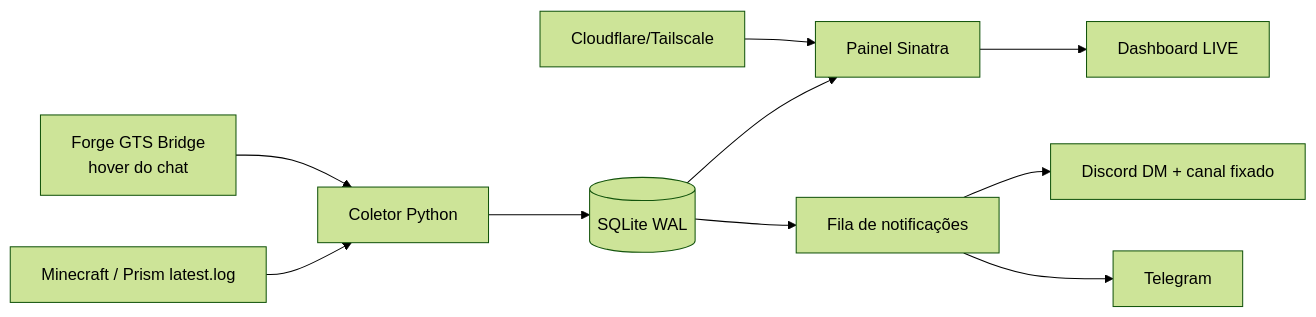
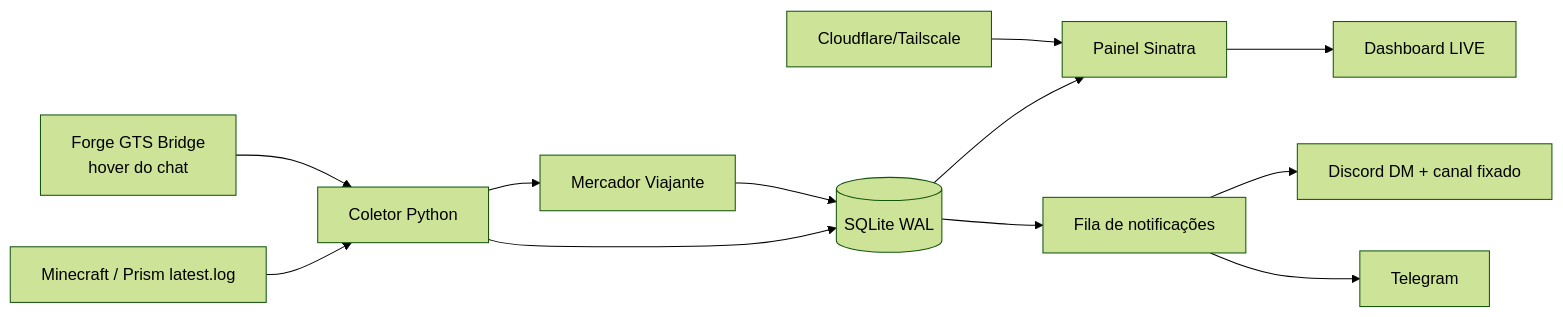
Before and after one commit to TopDarkFlames/pixelmon-gts-signal: the diagram in README.md, drawn with Mermaid (forest theme). The commit also changed other lines of this file and 35 other files, not shown here.

````diff
--- a/README.md
+++ b/README.md
@@ -52,12 +53,14 @@
 ```mermaid
 flowchart LR
   MC[Minecraft / Prism latest.log] --> Parser[Coletor Python]
   Bridge[Forge GTS Bridge<br>hover do chat] --> Parser
   Parser --> DB[(SQLite WAL)]
   DB --> Panel[Painel Sinatra]
   DB --> Queue[Fila de notificações]
+  Parser --> Merchant[Mercador Viajante]
+  Merchant --> DB
   Queue --> Discord[Discord DM + canal fixado]
   Queue --> Telegram[Telegram]
   Panel --> Browser[Dashboard LIVE]
   Tunnel[Cloudflare/Tailscale] --> Panel
 ```
````
